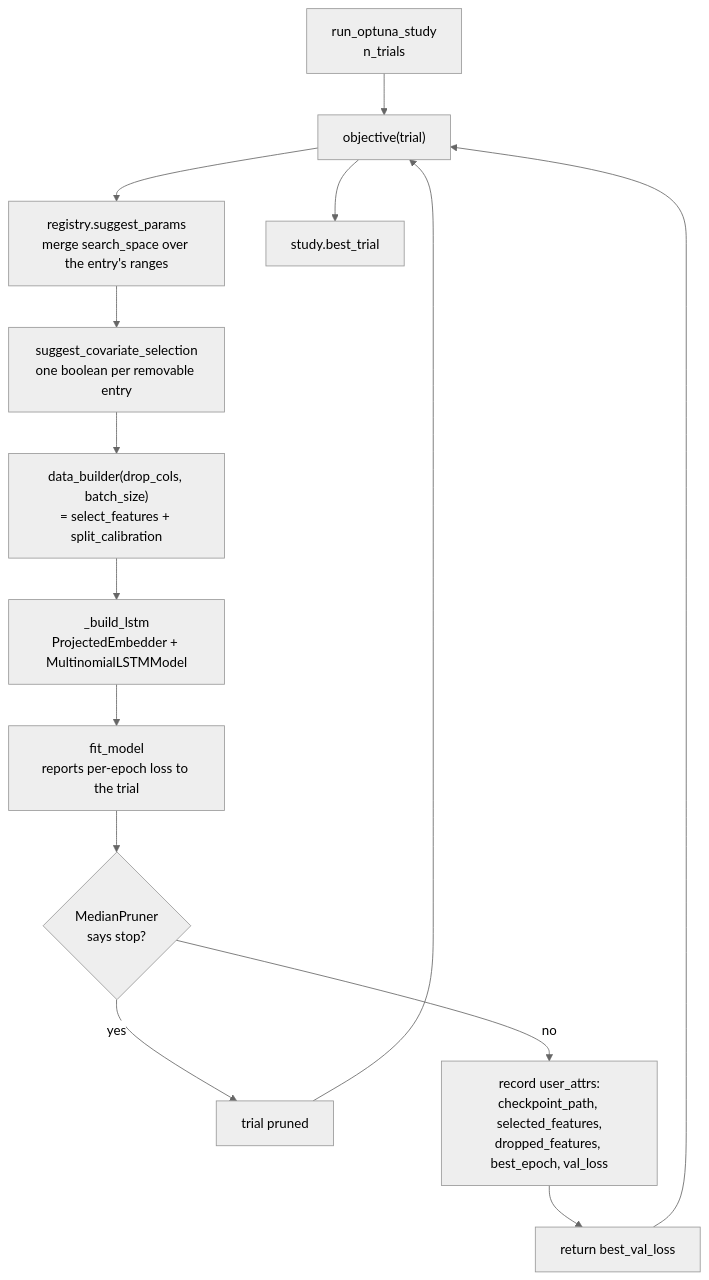
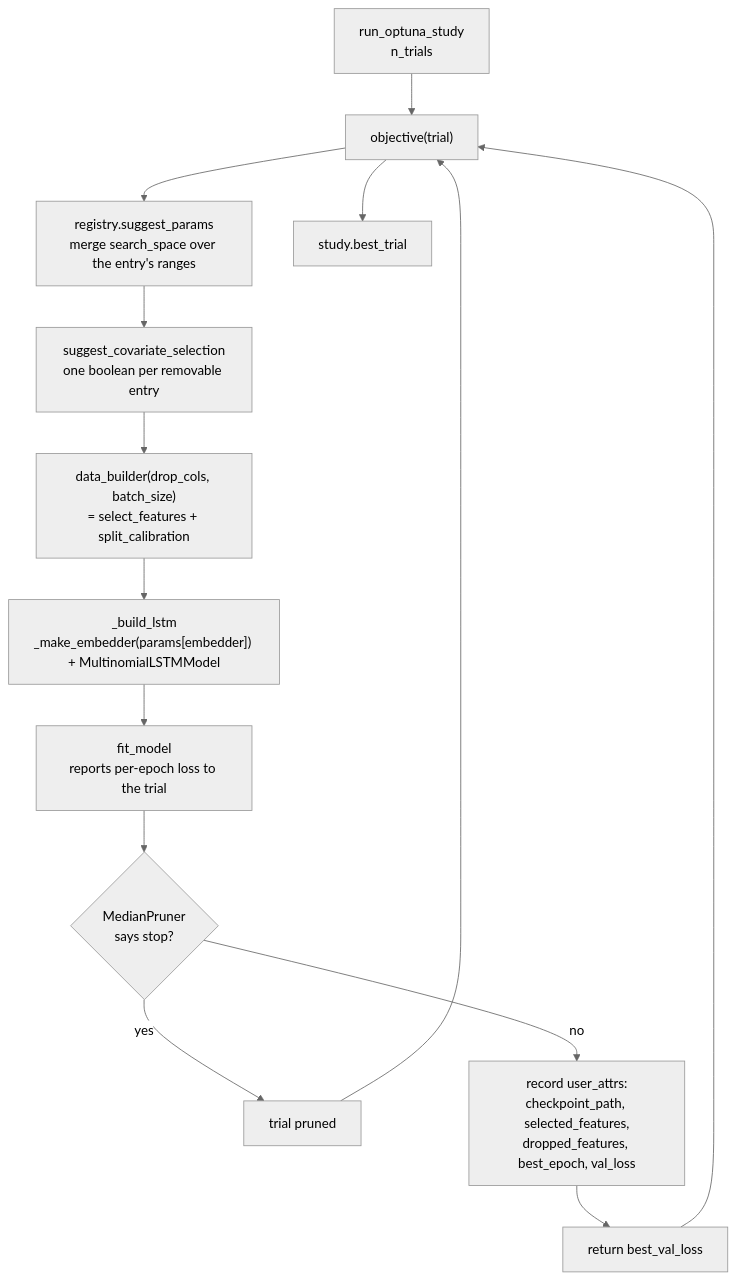
Before and after one commit to HuberPablo/panelclv: the second of 3 diagrams in docs/running-a-model.md, drawn with Mermaid (neutral theme). The commit also changed other lines of this file and 3 other files, not shown here.

First line of the commit message:
Make the embedder a searched dimension of the neural entries

````diff
--- a/docs/running-a-model.md
+++ b/docs/running-a-model.md
@@ -541,16 +544,16 @@
 ```mermaid
 flowchart TD
     START["run_optuna_study<br/>n_trials"] --> T["objective(trial)"]
     T --> SP["registry.suggest_params<br/>merge search_space over the entry's ranges"]
     SP --> CS["suggest_covariate_selection<br/>one boolean per removable entry"]
     CS --> DB["data_builder(drop_cols, batch_size)<br/>= select_features + split_calibration"]
-    DB --> BM["_build_lstm<br/>ProjectedEmbedder + MultinomialLSTMModel"]
+    DB --> BM["_build_lstm<br/>_make_embedder(params[embedder]) + MultinomialLSTMModel"]
     BM --> FIT["fit_model<br/>reports per-epoch loss to the trial"]
     FIT --> PRUNE{"MedianPruner<br/>says stop?"}
     PRUNE -->|yes| KILL["trial pruned"]
     PRUNE -->|no| UA["record user_attrs:<br/>checkpoint_path, selected_features,<br/>dropped_features, best_epoch, val_loss"]
     UA --> RET["return best_val_loss"]
     RET --> T
     KILL --> T
     T --> BEST["study.best_trial"]
 ```
````
